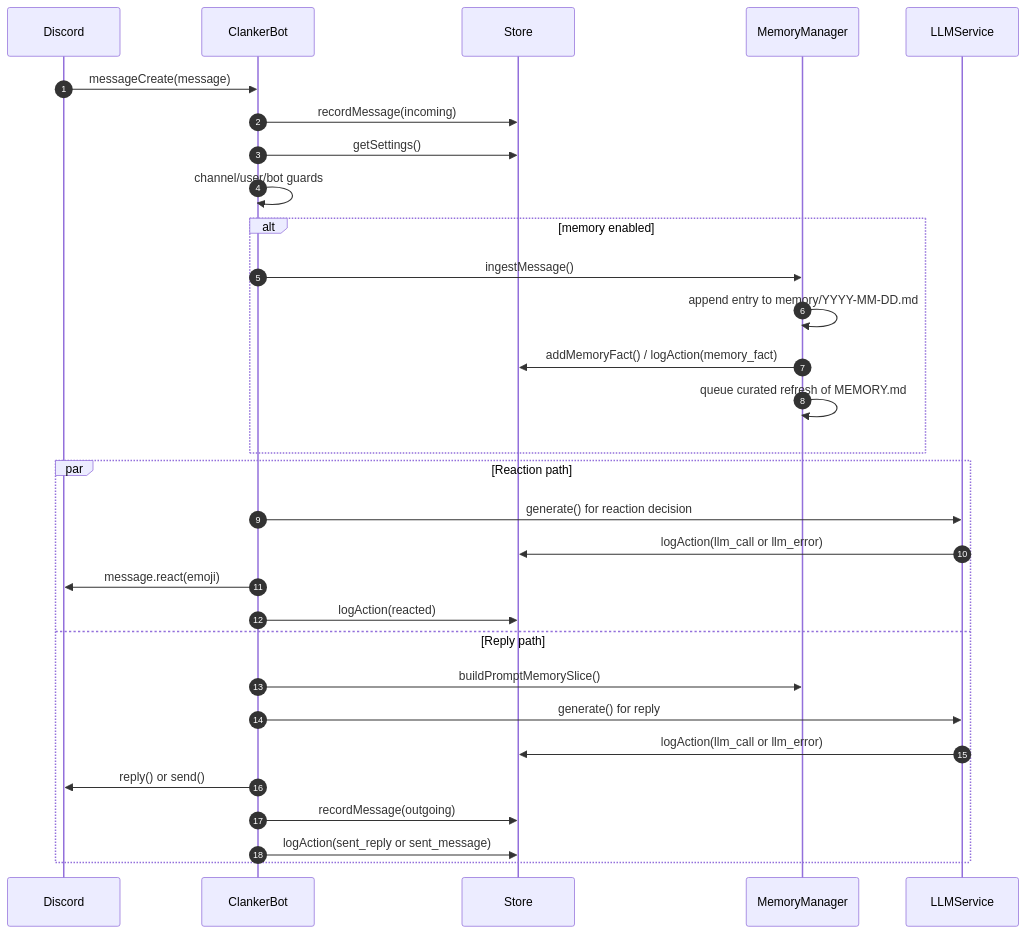
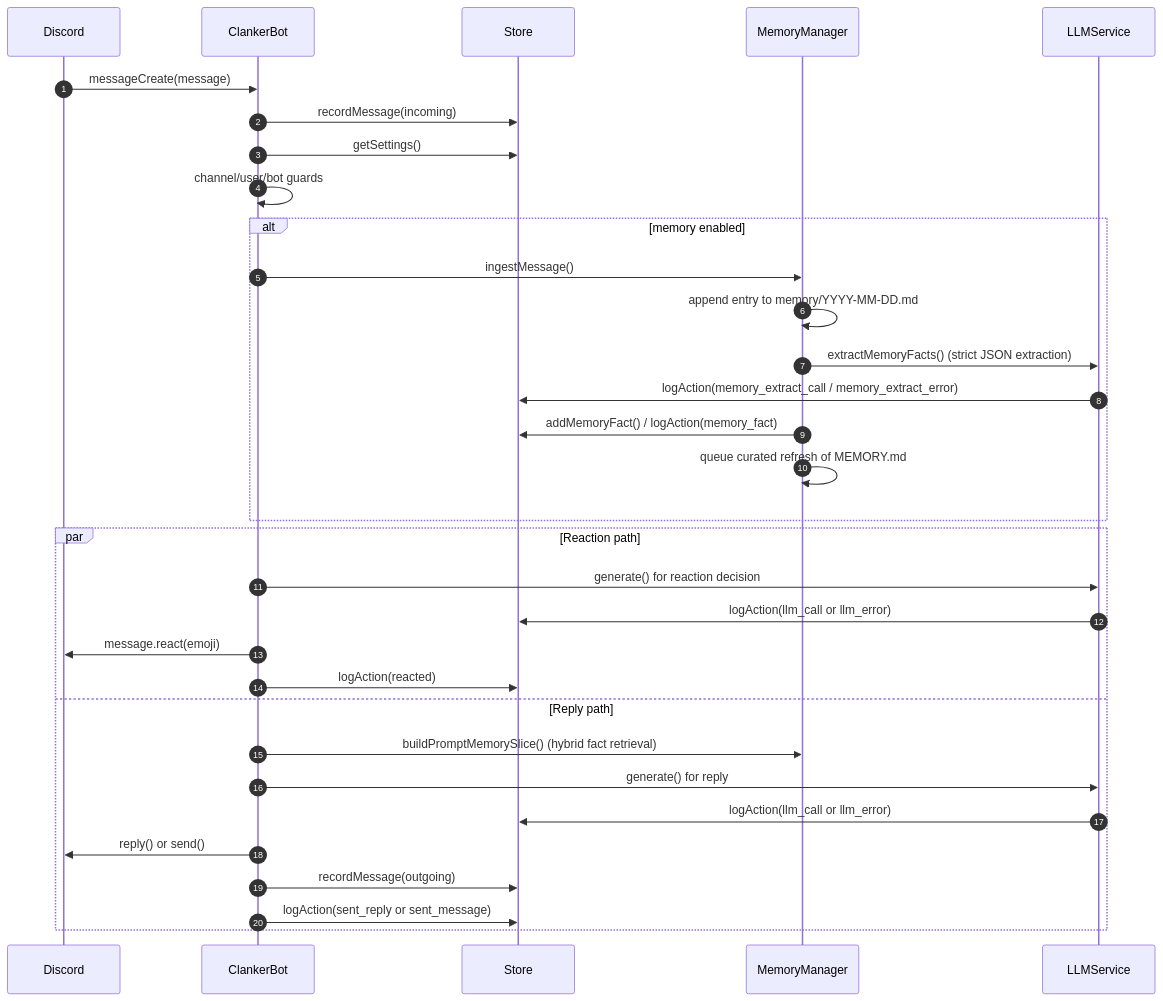
Before and after one commit to Volpestyle/clanker_conk: the fourth of 5 diagrams in docs/technical-architecture.md, drawn with Mermaid. The commit also changed other lines of this file and 8 other files, not shown here.

Commit message:
feat(memory): add LLM extraction and hybrid semantic recall

````diff
--- a/docs/technical-architecture.md
+++ b/docs/technical-architecture.md
@@ -156,35 +169,37 @@
 ```mermaid
 sequenceDiagram
     autonumber
     participant Discord as Discord
     participant Bot as ClankerBot
     participant Store as Store
     participant Memory as MemoryManager
     participant LLM as LLMService
 
     Discord->>Bot: messageCreate(message)
     Bot->>Store: recordMessage(incoming)
     Bot->>Store: getSettings()
     Bot->>Bot: channel/user/bot guards
 
     alt memory enabled
       Bot->>Memory: ingestMessage()
       Memory->>Memory: append entry to memory/YYYY-MM-DD.md
+      Memory->>LLM: extractMemoryFacts() (strict JSON extraction)
+      LLM->>Store: logAction(memory_extract_call / memory_extract_error)
       Memory->>Store: addMemoryFact() / logAction(memory_fact)
       Memory->>Memory: queue curated refresh of MEMORY.md
     end
 
     par Reaction path
       Bot->>LLM: generate() for reaction decision
       LLM->>Store: logAction(llm_call or llm_error)
       Bot->>Discord: message.react(emoji)
       Bot->>Store: logAction(reacted)
     and Reply path
-      Bot->>Memory: buildPromptMemorySlice()
+      Bot->>Memory: buildPromptMemorySlice() (hybrid fact retrieval)
       Bot->>LLM: generate() for reply
       LLM->>Store: logAction(llm_call or llm_error)
       Bot->>Discord: reply() or send()
       Bot->>Store: recordMessage(outgoing)
       Bot->>Store: logAction(sent_reply or sent_message)
     end
 ```
````
